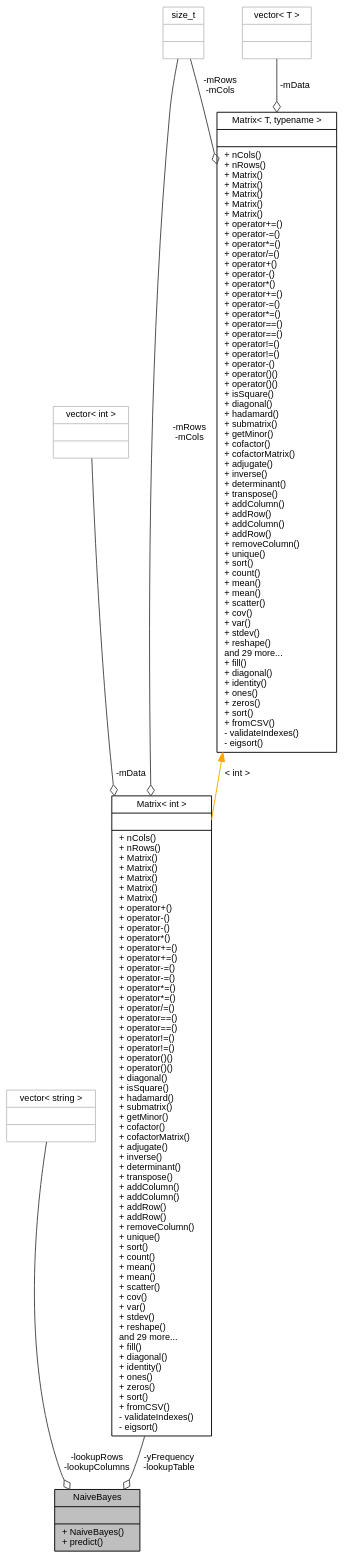
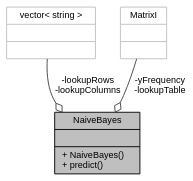
The diagram in docs/classNaiveBayes__coll__graph.dot (douglasrizzo/machine_learning), drawn with Graphviz before and after one commit. The commit also changed 393 other files, not shown here.

```diff
--- a/docs/classNaiveBayes__coll__graph.dot
+++ b/docs/classNaiveBayes__coll__graph.dot
@@ -1,20 +1,11 @@
 digraph "NaiveBayes"
 {
   bgcolor="transparent";
   edge [fontname="Helvetica",fontsize="10",labelfontname="Helvetica",labelfontsize="10"];
   node [fontname="Helvetica",fontsize="10",shape=record];
   Node1 [label="{NaiveBayes\n||+ NaiveBayes()\l+ predict()\l}",height=0.2,width=0.4,color="black", fillcolor="grey75", style="filled", fontcolor="black"];
   Node2 -> Node1 [color="grey25",fontsize="10",style="solid",label=" -lookupRows\n-lookupColumns" ,arrowhead="odiamond",fontname="Helvetica"];
   Node2 [label="{vector\< string \>\n||}",height=0.2,width=0.4,color="grey75"];
   Node3 -> Node1 [color="grey25",fontsize="10",style="solid",label=" -yFrequency\n-lookupTable" ,arrowhead="odiamond",fontname="Helvetica"];
-  Node3 [label="{Matrix\< int \>\n||+ nCols()\l+ nRows()\l+ Matrix()\l+ Matrix()\l+ Matrix()\l+ Matrix()\l+ Matrix()\l+ operator+()\l+ operator-()\l+ operator-()\l+ operator*()\l+ operator+=()\l+ operator+=()\l+ operator-=()\l+ operator-=()\l+ operator*=()\l+ operator*=()\l+ operator/=()\l+ operator==()\l+ operator==()\l+ operator!=()\l+ operator!=()\l+ operator()()\l+ operator()()\l+ diagonal()\l+ isSquare()\l+ hadamard()\l+ submatrix()\l+ getMinor()\l+ cofactor()\l+ cofactorMatrix()\l+ adjugate()\l+ inverse()\l+ determinant()\l+ transpose()\l+ addColumn()\l+ addColumn()\l+ addRow()\l+ addRow()\l+ removeColumn()\l+ unique()\l+ sort()\l+ count()\l+ mean()\l+ mean()\l+ scatter()\l+ cov()\l+ var()\l+ stdev()\l+ reshape()\land 29 more...\l+ fill()\l+ diagonal()\l+ identity()\l+ ones()\l+ zeros()\l+ sort()\l+ fromCSV()\l- validateIndexes()\l- eigsort()\l}",height=0.2,width=0.4,color="black",URL="$classMatrix.html"];
-  Node4 -> Node3 [color="grey25",fontsize="10",style="solid",label=" -mData" ,arrowhead="odiamond",fontname="Helvetica"];
-  Node4 [label="{vector\< int \>\n||}",height=0.2,width=0.4,color="grey75"];
-  Node5 -> Node3 [color="grey25",fontsize="10",style="solid",label=" -mRows\n-mCols" ,arrowhead="odiamond",fontname="Helvetica"];
-  Node5 [label="{size_t\n||}",height=0.2,width=0.4,color="grey75"];
-  Node6 -> Node3 [dir="back",color="orange",fontsize="10",style="solid",label=" \< int \>" ,fontname="Helvetica"];
-  Node6 [label="{Matrix\< T, typename \>\n||+ nCols()\l+ nRows()\l+ Matrix()\l+ Matrix()\l+ Matrix()\l+ Matrix()\l+ Matrix()\l+ operator+=()\l+ operator-=()\l+ operator*=()\l+ operator/=()\l+ operator+()\l+ operator-()\l+ operator*()\l+ operator+=()\l+ operator-=()\l+ operator*=()\l+ operator==()\l+ operator==()\l+ operator!=()\l+ operator!=()\l+ operator-()\l+ operator()()\l+ operator()()\l+ isSquare()\l+ diagonal()\l+ hadamard()\l+ submatrix()\l+ getMinor()\l+ cofactor()\l+ cofactorMatrix()\l+ adjugate()\l+ inverse()\l+ determinant()\l+ transpose()\l+ addColumn()\l+ addRow()\l+ addColumn()\l+ addRow()\l+ removeColumn()\l+ unique()\l+ sort()\l+ count()\l+ mean()\l+ mean()\l+ scatter()\l+ cov()\l+ var()\l+ stdev()\l+ reshape()\land 29 more...\l+ fill()\l+ diagonal()\l+ identity()\l+ ones()\l+ zeros()\l+ sort()\l+ fromCSV()\l- validateIndexes()\l- eigsort()\l}",height=0.2,width=0.4,color="black",URL="$classMatrix.html",tooltip="Matrix implementation, with a series of linear algebra functions. "];
-  Node5 -> Node6 [color="grey25",fontsize="10",style="solid",label=" -mRows\n-mCols" ,arrowhead="odiamond",fontname="Helvetica"];
-  Node7 -> Node6 [color="grey25",fontsize="10",style="solid",label=" -mData" ,arrowhead="odiamond",fontname="Helvetica"];
-  Node7 [label="{vector\< T \>\n||}",height=0.2,width=0.4,color="grey75"];
+  Node3 [label="{MatrixI\n||}",height=0.2,width=0.4,color="grey75"];
 }
```
